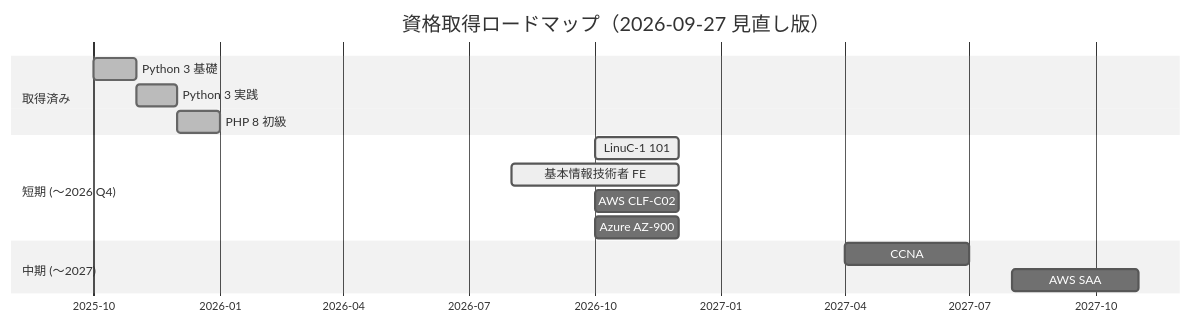
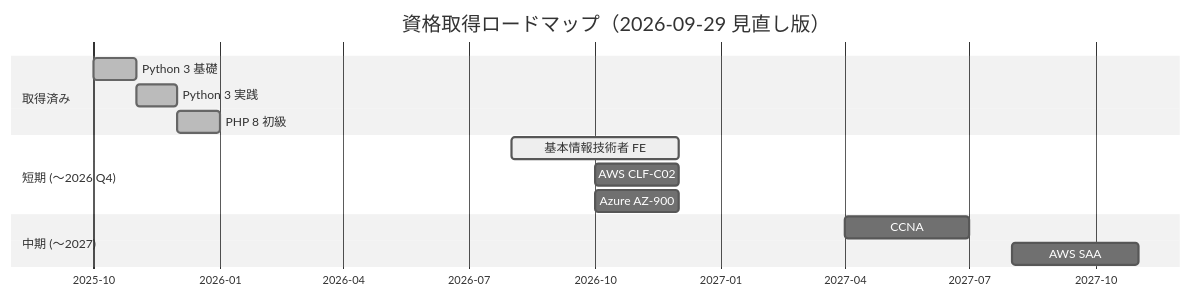
Before and after one commit to ns7jp/ns7jp: the diagram in docs/certifications/roadmap.md, drawn with Mermaid (neutral theme). The commit also changed other lines of this file and 5 other files, not shown here.

````diff
--- a/docs/certifications/roadmap.md
+++ b/docs/certifications/roadmap.md
@@ -98,21 +107,20 @@
 ```mermaid
 gantt
-    title 資格取得ロードマップ（2026-09-27 見直し版）
+    title 資格取得ロードマップ（2026-09-29 見直し版）
     dateFormat YYYY-MM
     axisFormat %Y-%m
 
     section 取得済み
     Python 3 基礎      :done, p1, 2025-10, 2025-11
     Python 3 実践      :done, p2, 2025-11, 2025-12
     PHP 8 初級         :done, p3, 2025-12, 2026-01
 
     section 短期 (〜2026 Q4)
-    LinuC-1 101        :active, l1, 2026-10, 2M
     基本情報技術者 FE   :active, f1, 2026-08, 2026-12
     AWS CLF-C02        :acp1, 2026-10, 2M
     Azure AZ-900       :az1, 2026-10, 2M
 
     section 中期 (〜2027)
     CCNA               :c1, 2027-04, 3M
     AWS SAA            :a1, 2027-08, 3M
 ```
````
